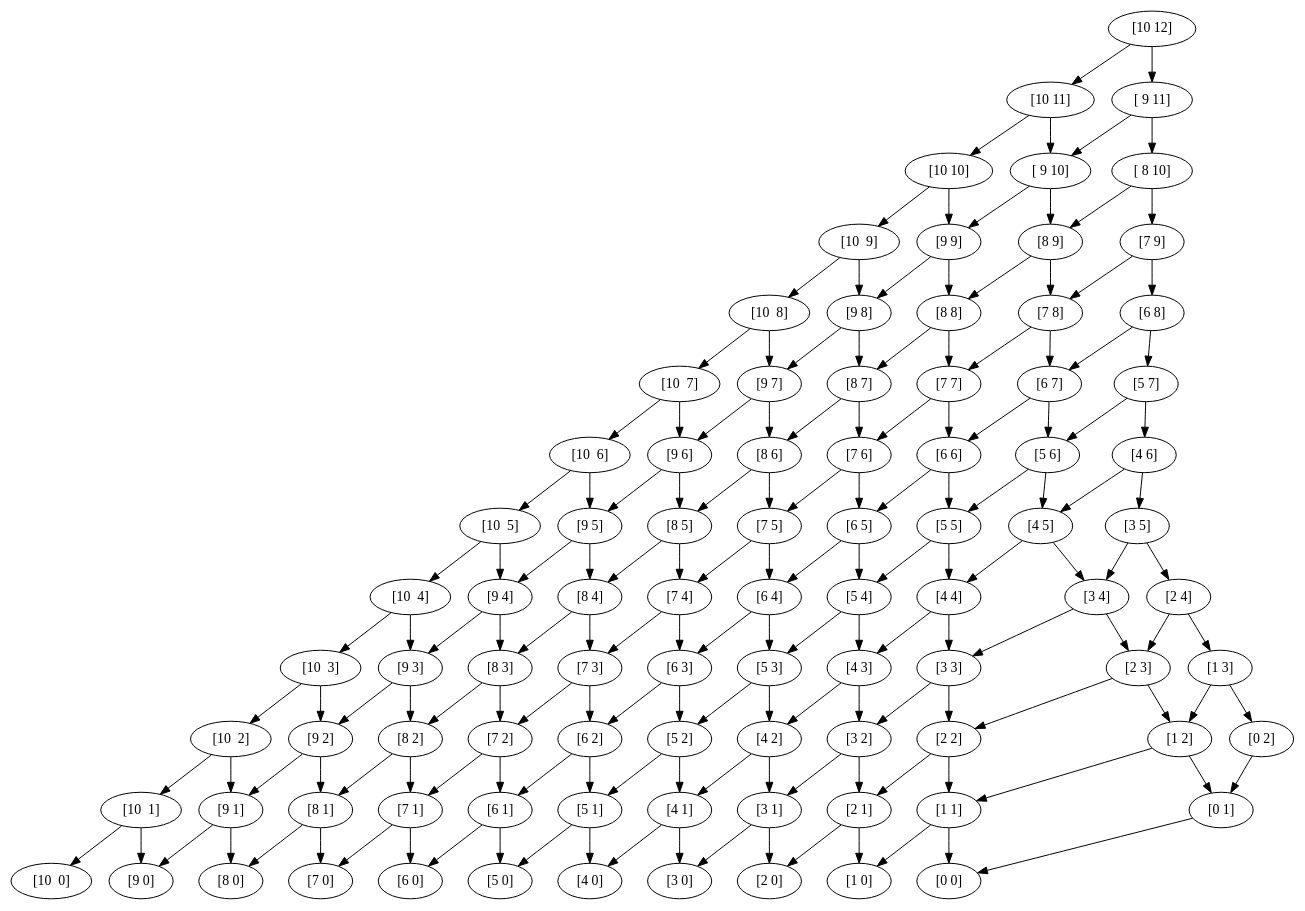
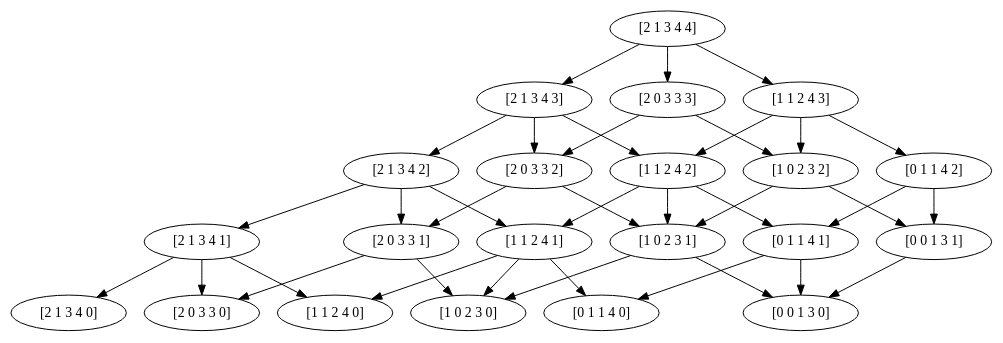
The diagram in test.dot (rb4k/DP-RM-with-storage), drawn with Graphviz before and after one commit. The commit also changed 11 other files, not shown here.

```diff
--- a/test.dot
+++ b/test.dot
@@ -1,242 +1,59 @@
 digraph G {
-0 [time=0, capacity="[10]", value=0, label="[10  0]"];
-1 [time=1, capacity="[10]", value="200.0", label="[10  1]"];
-2 [time=2, capacity="[10]", value="400.0", label="[10  2]"];
-3 [time=3, capacity="[10]", value="600.0", label="[10  3]"];
-4 [time=4, capacity="[10]", value="800.0", label="[10  4]"];
-5 [time=5, capacity="[10]", value="900.0", label="[10  5]"];
-6 [time=6, capacity="[10]", value="1000.0", label="[10  6]"];
-7 [time=7, capacity="[10]", value="1100.0", label="[10  7]"];
-8 [time=8, capacity="[10]", value="1200.0", label="[10  8]"];
-9 [time=9, capacity="[10]", value="1500.0", label="[10  9]"];
-10 [time=10, capacity="[10]", value="1800.0", label="[10 10]"];
-11 [time=11, capacity="[10]", value="2000.0", label="[10 11]"];
-12 [time=12, capacity="[10]", value="2200.0", label="[10 12]"];
-13 [time=0, capacity="[9]", value=0, label="[9 0]"];
-14 [time=1, capacity="[9]", value="200.0", label="[9 1]"];
-15 [time=2, capacity="[9]", value="400.0", label="[9 2]"];
-16 [time=3, capacity="[9]", value="600.0", label="[9 3]"];
-17 [time=4, capacity="[9]", value="800.0", label="[9 4]"];
-18 [time=5, capacity="[9]", value="900.0", label="[9 5]"];
-19 [time=6, capacity="[9]", value="1000.0", label="[9 6]"];
-20 [time=7, capacity="[9]", value="1100.0", label="[9 7]"];
-21 [time=8, capacity="[9]", value="1200.0", label="[9 8]"];
-22 [time=9, capacity="[9]", value="1500.0", label="[9 9]"];
-23 [time=10, capacity="[9]", value="1700.0", label="[ 9 10]"];
-24 [time=11, capacity="[9]", value="1900.0", label="[ 9 11]"];
-26 [time=0, capacity="[8]", value=0, label="[8 0]"];
-27 [time=1, capacity="[8]", value="200.0", label="[8 1]"];
-28 [time=2, capacity="[8]", value="400.0", label="[8 2]"];
-29 [time=3, capacity="[8]", value="600.0", label="[8 3]"];
-30 [time=4, capacity="[8]", value="800.0", label="[8 4]"];
-31 [time=5, capacity="[8]", value="900.0", label="[8 5]"];
-32 [time=6, capacity="[8]", value="1000.0", label="[8 6]"];
-33 [time=7, capacity="[8]", value="1100.0", label="[8 7]"];
-34 [time=8, capacity="[8]", value="1200.0", label="[8 8]"];
-35 [time=9, capacity="[8]", value="1400.0", label="[8 9]"];
-36 [time=10, capacity="[8]", value="1600.0", label="[ 8 10]"];
-39 [time=0, capacity="[7]", value=0, label="[7 0]"];
-40 [time=1, capacity="[7]", value="200.0", label="[7 1]"];
-41 [time=2, capacity="[7]", value="400.0", label="[7 2]"];
-42 [time=3, capacity="[7]", value="600.0", label="[7 3]"];
-43 [time=4, capacity="[7]", value="800.0", label="[7 4]"];
-44 [time=5, capacity="[7]", value="900.0", label="[7 5]"];
-45 [time=6, capacity="[7]", value="1000.0", label="[7 6]"];
-46 [time=7, capacity="[7]", value="1100.0", label="[7 7]"];
-47 [time=8, capacity="[7]", value="1100.0", label="[7 8]"];
-48 [time=9, capacity="[7]", value="1300.0", label="[7 9]"];
-52 [time=0, capacity="[6]", value=0, label="[6 0]"];
-53 [time=1, capacity="[6]", value="200.0", label="[6 1]"];
-54 [time=2, capacity="[6]", value="400.0", label="[6 2]"];
-55 [time=3, capacity="[6]", value="600.0", label="[6 3]"];
-56 [time=4, capacity="[6]", value="800.0", label="[6 4]"];
-57 [time=5, capacity="[6]", value="900.0", label="[6 5]"];
-58 [time=6, capacity="[6]", value="1000.0", label="[6 6]"];
-59 [time=7, capacity="[6]", value="1000.0", label="[6 7]"];
-60 [time=8, capacity="[6]", value="1000.0", label="[6 8]"];
-65 [time=0, capacity="[5]", value=0, label="[5 0]"];
-66 [time=1, capacity="[5]", value="200.0", label="[5 1]"];
-67 [time=2, capacity="[5]", value="400.0", label="[5 2]"];
-68 [time=3, capacity="[5]", value="600.0", label="[5 3]"];
-69 [time=4, capacity="[5]", value="800.0", label="[5 4]"];
-70 [time=5, capacity="[5]", value="900.0", label="[5 5]"];
-71 [time=6, capacity="[5]", value="900.0", label="[5 6]"];
-72 [time=7, capacity="[5]", value="900.0", label="[5 7]"];
-78 [time=0, capacity="[4]", value=0, label="[4 0]"];
-79 [time=1, capacity="[4]", value="200.0", label="[4 1]"];
-80 [time=2, capacity="[4]", value="400.0", label="[4 2]"];
-81 [time=3, capacity="[4]", value="600.0", label="[4 3]"];
-82 [time=4, capacity="[4]", value="800.0", label="[4 4]"];
-83 [time=5, capacity="[4]", value="800.0", label="[4 5]"];
-84 [time=6, capacity="[4]", value="800.0", label="[4 6]"];
-91 [time=0, capacity="[3]", value=0, label="[3 0]"];
-92 [time=1, capacity="[3]", value="200.0", label="[3 1]"];
-93 [time=2, capacity="[3]", value="400.0", label="[3 2]"];
-94 [time=3, capacity="[3]", value="600.0", label="[3 3]"];
-95 [time=4, capacity="[3]", value="600.0", label="[3 4]"];
-96 [time=5, capacity="[3]", value="600.0", label="[3 5]"];
-104 [time=0, capacity="[2]", value=0, label="[2 0]"];
-105 [time=1, capacity="[2]", value="200.0", label="[2 1]"];
-106 [time=2, capacity="[2]", value="400.0", label="[2 2]"];
-107 [time=3, capacity="[2]", value="400.0", label="[2 3]"];
-108 [time=4, capacity="[2]", value="400.0", label="[2 4]"];
-117 [time=0, capacity="[1]", value=0, label="[1 0]"];
-118 [time=1, capacity="[1]", value="200.0", label="[1 1]"];
-119 [time=2, capacity="[1]", value="200.0", label="[1 2]"];
-120 [time=3, capacity="[1]", value="200.0", label="[1 3]"];
-130 [time=0, capacity="[0]", value=0, label="[0 0]"];
-131 [time=1, capacity="[0]", value="0.0", label="[0 1]"];
-132 [time=2, capacity="[0]", value="0.0", label="[0 2]"];
-1 -> 0  [key=0, goal="[10  0]", weight=0, revenue=0];
-1 -> 13  [key=1, goal="[9 0]", weight=200, revenue=200];
-2 -> 1  [key=0, goal="[10  1]", weight=0, revenue=0];
-2 -> 14  [key=1, goal="[9 1]", weight="200.0", revenue=200];
-3 -> 2  [key=0, goal="[10  2]", weight=0, revenue=0];
-3 -> 15  [key=1, goal="[9 2]", weight="200.0", revenue=200];
-4 -> 16  [key=1, goal="[9 3]", weight="200.0", revenue=200];
-4 -> 3  [key=0, goal="[10  3]", weight=0, revenue=0];
-5 -> 17  [key=2, goal="[9 4]", weight="100.0", revenue=100];
-5 -> 4  [key=0, goal="[10  4]", weight=0, revenue=0];
-6 -> 18  [key=2, goal="[9 5]", weight="100.0", revenue=100];
-6 -> 5  [key=0, goal="[10  5]", weight=0, revenue=0];
-7 -> 19  [key=2, goal="[9 6]", weight="100.0", revenue=100];
-7 -> 6  [key=0, goal="[10  6]", weight=0, revenue=0];
-8 -> 20  [key=2, goal="[9 7]", weight="100.0", revenue=100];
-8 -> 7  [key=0, goal="[10  7]", weight=0, revenue=0];
-9 -> 8  [key=0, goal="[10  8]", weight=0, revenue=0];
-9 -> 21  [key=3, goal="[9 8]", weight="300.0", revenue=300];
-10 -> 9  [key=0, goal="[10  9]", weight=0, revenue=0];
-10 -> 22  [key=3, goal="[9 9]", weight="300.0", revenue=300];
-11 -> 10  [key=0, goal="[10 10]", weight=0, revenue=0];
-11 -> 23  [key=3, goal="[ 9 10]", weight="200.0", revenue=300];
-12 -> 24  [key=3, goal="[ 9 11]", weight="200.0", revenue=300];
-12 -> 11  [key=0, goal="[10 11]", weight=0, revenue=0];
-14 -> 26  [key=1, goal="[8 0]", weight=200, revenue=200];
-14 -> 13  [key=0, goal="[9 0]", weight=0, revenue=0];
-15 -> 27  [key=1, goal="[8 1]", weight="200.0", revenue=200];
-15 -> 14  [key=0, goal="[9 1]", weight=0, revenue=0];
-16 -> 28  [key=1, goal="[8 2]", weight="200.0", revenue=200];
-16 -> 15  [key=0, goal="[9 2]", weight=0, revenue=0];
-17 -> 16  [key=0, goal="[9 3]", weight=0, revenue=0];
-17 -> 29  [key=1, goal="[8 3]", weight="200.0", revenue=200];
-18 -> 17  [key=0, goal="[9 4]", weight=0, revenue=0];
-18 -> 30  [key=2, goal="[8 4]", weight="100.0", revenue=100];
-19 -> 18  [key=0, goal="[9 5]", weight=0, revenue=0];
-19 -> 31  [key=2, goal="[8 5]", weight="100.0", revenue=100];
-20 -> 32  [key=2, goal="[8 6]", weight="100.0", revenue=100];
-20 -> 19  [key=0, goal="[9 6]", weight=0, revenue=0];
-21 -> 33  [key=2, goal="[8 7]", weight="100.0", revenue=100];
-21 -> 20  [key=0, goal="[9 7]", weight=0, revenue=0];
-22 -> 34  [key=3, goal="[8 8]", weight="300.0", revenue=300];
-22 -> 21  [key=0, goal="[9 8]", weight=0, revenue=0];
-23 -> 35  [key=3, goal="[8 9]", weight="200.0", revenue=300];
-23 -> 22  [key=0, goal="[9 9]", weight=0, revenue=0];
-24 -> 36  [key=3, goal="[ 8 10]", weight="200.0", revenue=300];
-24 -> 23  [key=0, goal="[ 9 10]", weight=0, revenue=0];
-27 -> 26  [key=0, goal="[8 0]", weight=0, revenue=0];
-27 -> 39  [key=1, goal="[7 0]", weight=200, revenue=200];
-28 -> 40  [key=1, goal="[7 1]", weight="200.0", revenue=200];
-28 -> 27  [key=0, goal="[8 1]", weight=0, revenue=0];
-29 -> 41  [key=1, goal="[7 2]", weight="200.0", revenue=200];
-29 -> 28  [key=0, goal="[8 2]", weight=0, revenue=0];
-30 -> 42  [key=1, goal="[7 3]", weight="200.0", revenue=200];
-30 -> 29  [key=0, goal="[8 3]", weight=0, revenue=0];
-31 -> 43  [key=2, goal="[7 4]", weight="100.0", revenue=100];
-31 -> 30  [key=0, goal="[8 4]", weight=0, revenue=0];
-32 -> 44  [key=2, goal="[7 5]", weight="100.0", revenue=100];
-32 -> 31  [key=0, goal="[8 5]", weight=0, revenue=0];
-33 -> 32  [key=0, goal="[8 6]", weight=0, revenue=0];
-33 -> 45  [key=2, goal="[7 6]", weight="100.0", revenue=100];
-34 -> 33  [key=0, goal="[8 7]", weight=0, revenue=0];
-34 -> 46  [key=2, goal="[7 7]", weight="100.0", revenue=100];
-35 -> 34  [key=0, goal="[8 8]", weight=0, revenue=0];
-35 -> 47  [key=3, goal="[7 8]", weight="200.0", revenue=300];
-36 -> 48  [key=3, goal="[7 9]", weight="200.0", revenue=300];
-36 -> 35  [key=0, goal="[8 9]", weight=0, revenue=0];
-40 -> 52  [key=1, goal="[6 0]", weight=200, revenue=200];
-40 -> 39  [key=0, goal="[7 0]", weight=0, revenue=0];
-41 -> 40  [key=0, goal="[7 1]", weight=0, revenue=0];
-41 -> 53  [key=1, goal="[6 1]", weight="200.0", revenue=200];
-42 -> 41  [key=0, goal="[7 2]", weight=0, revenue=0];
-42 -> 54  [key=1, goal="[6 2]", weight="200.0", revenue=200];
-43 -> 42  [key=0, goal="[7 3]", weight=0, revenue=0];
-43 -> 55  [key=1, goal="[6 3]", weight="200.0", revenue=200];
-44 -> 56  [key=2, goal="[6 4]", weight="100.0", revenue=100];
-44 -> 43  [key=0, goal="[7 4]", weight=0, revenue=0];
-45 -> 57  [key=2, goal="[6 5]", weight="100.0", revenue=100];
-45 -> 44  [key=0, goal="[7 5]", weight=0, revenue=0];
-46 -> 58  [key=2, goal="[6 6]", weight="100.0", revenue=100];
-46 -> 45  [key=0, goal="[7 6]", weight=0, revenue=0];
-47 -> 59  [key=2, goal="[6 7]", weight="0.0", revenue=100];
-47 -> 46  [key=0, goal="[7 7]", weight=0, revenue=0];
-48 -> 60  [key=3, goal="[6 8]", weight="200.0", revenue=300];
-48 -> 47  [key=0, goal="[7 8]", weight=0, revenue=0];
-53 -> 65  [key=1, goal="[5 0]", weight=200, revenue=200];
-53 -> 52  [key=0, goal="[6 0]", weight=0, revenue=0];
-54 -> 66  [key=1, goal="[5 1]", weight="200.0", revenue=200];
-54 -> 53  [key=0, goal="[6 1]", weight=0, revenue=0];
-55 -> 67  [key=1, goal="[5 2]", weight="200.0", revenue=200];
-55 -> 54  [key=0, goal="[6 2]", weight=0, revenue=0];
-56 -> 68  [key=1, goal="[5 3]", weight="200.0", revenue=200];
-56 -> 55  [key=0, goal="[6 3]", weight=0, revenue=0];
-57 -> 56  [key=0, goal="[6 4]", weight=0, revenue=0];
-57 -> 69  [key=2, goal="[5 4]", weight="100.0", revenue=100];
-58 -> 57  [key=0, goal="[6 5]", weight=0, revenue=0];
-58 -> 70  [key=2, goal="[5 5]", weight="100.0", revenue=100];
-59 -> 58  [key=0, goal="[6 6]", weight=0, revenue=0];
-59 -> 71  [key=2, goal="[5 6]", weight="0.0", revenue=100];
-60 -> 72  [key=2, goal="[5 7]", weight="0.0", revenue=100];
-60 -> 59  [key=0, goal="[6 7]", weight=0, revenue=0];
-66 -> 65  [key=0, goal="[5 0]", weight=0, revenue=0];
-66 -> 78  [key=1, goal="[4 0]", weight=200, revenue=200];
-67 -> 66  [key=0, goal="[5 1]", weight=0, revenue=0];
-67 -> 79  [key=1, goal="[4 1]", weight="200.0", revenue=200];
-68 -> 80  [key=1, goal="[4 2]", weight="200.0", revenue=200];
-68 -> 67  [key=0, goal="[5 2]", weight=0, revenue=0];
-69 -> 81  [key=1, goal="[4 3]", weight="200.0", revenue=200];
-69 -> 68  [key=0, goal="[5 3]", weight=0, revenue=0];
-70 -> 82  [key=2, goal="[4 4]", weight="100.0", revenue=100];
-70 -> 69  [key=0, goal="[5 4]", weight=0, revenue=0];
-71 -> 83  [key=2, goal="[4 5]", weight="0.0", revenue=100];
-71 -> 70  [key=0, goal="[5 5]", weight=0, revenue=0];
-72 -> 84  [key=2, goal="[4 6]", weight="0.0", revenue=100];
-72 -> 71  [key=0, goal="[5 6]", weight=0, revenue=0];
-79 -> 91  [key=1, goal="[3 0]", weight=200, revenue=200];
-79 -> 78  [key=0, goal="[4 0]", weight=0, revenue=0];
-80 -> 92  [key=1, goal="[3 1]", weight="200.0", revenue=200];
-80 -> 79  [key=0, goal="[4 1]", weight=0, revenue=0];
-81 -> 80  [key=0, goal="[4 2]", weight=0, revenue=0];
-81 -> 93  [key=1, goal="[3 2]", weight="200.0", revenue=200];
-82 -> 81  [key=0, goal="[4 3]", weight=0, revenue=0];
-82 -> 94  [key=1, goal="[3 3]", weight="200.0", revenue=200];
-83 -> 82  [key=0, goal="[4 4]", weight=0, revenue=0];
-83 -> 95  [key=2, goal="[3 4]", weight="-100.0", revenue=100];
-84 -> 96  [key=2, goal="[3 5]", weight="-100.0", revenue=100];
-84 -> 83  [key=0, goal="[4 5]", weight=0, revenue=0];
-92 -> 104  [key=1, goal="[2 0]", weight=200, revenue=200];
-92 -> 91  [key=0, goal="[3 0]", weight=0, revenue=0];
-93 -> 105  [key=1, goal="[2 1]", weight="200.0", revenue=200];
-93 -> 92  [key=0, goal="[3 1]", weight=0, revenue=0];
-94 -> 106  [key=1, goal="[2 2]", weight="200.0", revenue=200];
-94 -> 93  [key=0, goal="[3 2]", weight=0, revenue=0];
-95 -> 107  [key=1, goal="[2 3]", weight="0.0", revenue=200];
-95 -> 94  [key=0, goal="[3 3]", weight=0, revenue=0];
-96 -> 108  [key=2, goal="[2 4]", weight="-100.0", revenue=100];
-96 -> 95  [key=0, goal="[3 4]", weight=0, revenue=0];
-105 -> 104  [key=0, goal="[2 0]", weight=0, revenue=0];
-105 -> 117  [key=1, goal="[1 0]", weight=200, revenue=200];
-106 -> 105  [key=0, goal="[2 1]", weight=0, revenue=0];
-106 -> 118  [key=1, goal="[1 1]", weight="200.0", revenue=200];
-107 -> 106  [key=0, goal="[2 2]", weight=0, revenue=0];
-107 -> 119  [key=1, goal="[1 2]", weight="0.0", revenue=200];
-108 -> 120  [key=1, goal="[1 3]", weight="0.0", revenue=200];
-108 -> 107  [key=0, goal="[2 3]", weight=0, revenue=0];
-118 -> 130  [key=1, goal="[0 0]", weight=200, revenue=200];
-118 -> 117  [key=0, goal="[1 0]", weight=0, revenue=0];
-119 -> 131  [key=1, goal="[0 1]", weight="0.0", revenue=200];
-119 -> 118  [key=0, goal="[1 1]", weight=0, revenue=0];
-120 -> 132  [key=1, goal="[0 2]", weight="0.0", revenue=200];
-120 -> 119  [key=0, goal="[1 2]", weight=0, revenue=0];
-131 -> 130  [key=0, goal="[0 0]", weight=0, revenue=0];
-132 -> 131  [key=0, goal="[0 1]", weight=0, revenue=0];
+0 [time=0, capacity="[2 1 3 4]", value=0, label="[2 1 3 4 0]"];
+1 [time=1, capacity="[2 1 3 4]", value="70.0", label="[2 1 3 4 1]"];
+2 [time=2, capacity="[2 1 3 4]", value="138.0", label="[2 1 3 4 2]"];
+3 [time=3, capacity="[2 1 3 4]", value="191.69", label="[2 1 3 4 3]"];
+4 [time=4, capacity="[2 1 3 4]", value="231.25", label="[2 1 3 4 4]"];
+555 [time=0, capacity="[0 0 1 3]", value=0, label="[0 0 1 3 0]"];
+556 [time=1, capacity="[0 0 1 3]", value="0.0", label="[0 0 1 3 1]"];
+450 [time=0, capacity="[0 1 1 4]", value=0, label="[0 1 1 4 0]"];
+451 [time=1, capacity="[0 1 1 4]", value="20.0", label="[0 1 1 4 1]"];
+452 [time=2, capacity="[0 1 1 4]", value="38.0", label="[0 1 1 4 2]"];
+330 [time=0, capacity="[1 0 2 3]", value=0, label="[1 0 2 3 0]"];
+331 [time=1, capacity="[1 0 2 3]", value="50.0", label="[1 0 2 3 1]"];
+332 [time=2, capacity="[1 0 2 3]", value="75.0", label="[1 0 2 3 2]"];
+225 [time=0, capacity="[1 1 2 4]", value=0, label="[1 1 2 4 0]"];
+226 [time=1, capacity="[1 1 2 4]", value="70.0", label="[1 1 2 4 1]"];
+227 [time=2, capacity="[1 1 2 4]", value="113.0", label="[1 1 2 4 2]"];
+228 [time=3, capacity="[1 1 2 4]", value="141.7", label="[1 1 2 4 3]"];
+105 [time=0, capacity="[2 0 3 3]", value=0, label="[2 0 3 3 0]"];
+106 [time=1, capacity="[2 0 3 3]", value="50.0", label="[2 0 3 3 1]"];
+107 [time=2, capacity="[2 0 3 3]", value="100.0", label="[2 0 3 3 2]"];
+108 [time=3, capacity="[2 0 3 3]", value="137.5", label="[2 0 3 3 3]"];
+1 -> 0  [key=0, weight_goal=0, goal="[2 1 3 4 0]", weight=0, revenue=0, time=1];
+1 -> 225  [key=1, weight_goal=0, goal="[1 1 2 4 0]", weight=100, revenue=100, time=1];
+1 -> 105  [key=2, weight_goal=0, goal="[2 0 3 3 0]", weight=200, revenue=200, time=1];
+2 -> 1  [key=0, weight_goal="70.0", goal="[2 1 3 4 1]", weight=0, revenue=0, time=2];
+2 -> 226  [key=1, weight_goal="70.0", goal="[1 1 2 4 1]", weight="100.0", revenue=100, time=2];
+2 -> 106  [key=2, weight_goal="50.0", goal="[2 0 3 3 1]", weight="180.0", revenue=200, time=2];
+3 -> 2  [key=0, weight_goal="138.0", goal="[2 1 3 4 2]", weight=0, revenue=0, time=3];
+3 -> 107  [key=2, weight_goal="100.0", goal="[2 0 3 3 2]", weight="162.0", revenue=200, time=3];
+3 -> 227  [key=1, weight_goal="113.0", goal="[1 1 2 4 2]", weight="75.0", revenue=100, time=3];
+4 -> 228  [key=1, weight_goal="141.7", goal="[1 1 2 4 3]", weight="50.01", revenue=100, time=4];
+4 -> 3  [key=0, weight_goal="191.69", goal="[2 1 3 4 3]", weight=0, revenue=0, time=4];
+4 -> 108  [key=2, weight_goal="137.5", goal="[2 0 3 3 3]", weight="145.81", revenue=200, time=4];
+556 -> 555  [key=0, weight_goal=0, goal="[0 0 1 3 0]", weight=0, revenue=0, time=1];
+451 -> 450  [key=0, weight_goal=0, goal="[0 1 1 4 0]", weight=0, revenue=0, time=1];
+451 -> 555  [key=2, weight_goal=0, goal="[0 0 1 3 0]", weight=200, revenue=200, time=1];
+452 -> 451  [key=0, weight_goal="20.0", goal="[0 1 1 4 1]", weight=0, revenue=0, time=2];
+452 -> 556  [key=2, weight_goal="0.0", goal="[0 0 1 3 1]", weight="180.0", revenue=200, time=2];
+331 -> 330  [key=0, weight_goal=0, goal="[1 0 2 3 0]", weight=0, revenue=0, time=1];
+331 -> 555  [key=1, weight_goal=0, goal="[0 0 1 3 0]", weight=100, revenue=100, time=1];
+332 -> 331  [key=0, weight_goal="50.0", goal="[1 0 2 3 1]", weight=0, revenue=0, time=2];
+332 -> 556  [key=1, weight_goal="0.0", goal="[0 0 1 3 1]", weight="50.0", revenue=100, time=2];
+226 -> 225  [key=0, weight_goal=0, goal="[1 1 2 4 0]", weight=0, revenue=0, time=1];
+226 -> 450  [key=1, weight_goal=0, goal="[0 1 1 4 0]", weight=100, revenue=100, time=1];
+226 -> 330  [key=2, weight_goal=0, goal="[1 0 2 3 0]", weight=200, revenue=200, time=1];
+227 -> 226  [key=0, weight_goal="70.0", goal="[1 1 2 4 1]", weight=0, revenue=0, time=2];
+227 -> 331  [key=2, weight_goal="50.0", goal="[1 0 2 3 1]", weight="180.0", revenue=200, time=2];
+227 -> 451  [key=1, weight_goal="20.0", goal="[0 1 1 4 1]", weight="50.0", revenue=100, time=2];
+228 -> 332  [key=2, weight_goal="75.0", goal="[1 0 2 3 2]", weight="162.0", revenue=200, time=3];
+228 -> 227  [key=0, weight_goal="113.0", goal="[1 1 2 4 2]", weight=0, revenue=0, time=3];
+228 -> 452  [key=1, weight_goal="38.0", goal="[0 1 1 4 2]", weight="25.0", revenue=100, time=3];
+106 -> 105  [key=0, weight_goal=0, goal="[2 0 3 3 0]", weight=0, revenue=0, time=1];
+106 -> 330  [key=1, weight_goal=0, goal="[1 0 2 3 0]", weight=100, revenue=100, time=1];
+107 -> 106  [key=0, weight_goal="50.0", goal="[2 0 3 3 1]", weight=0, revenue=0, time=2];
+107 -> 331  [key=1, weight_goal="50.0", goal="[1 0 2 3 1]", weight="100.0", revenue=100, time=2];
+108 -> 107  [key=0, weight_goal="100.0", goal="[2 0 3 3 2]", weight=0, revenue=0, time=3];
+108 -> 332  [key=1, weight_goal="75.0", goal="[1 0 2 3 2]", weight="75.0", revenue=100, time=3];
 }
```
